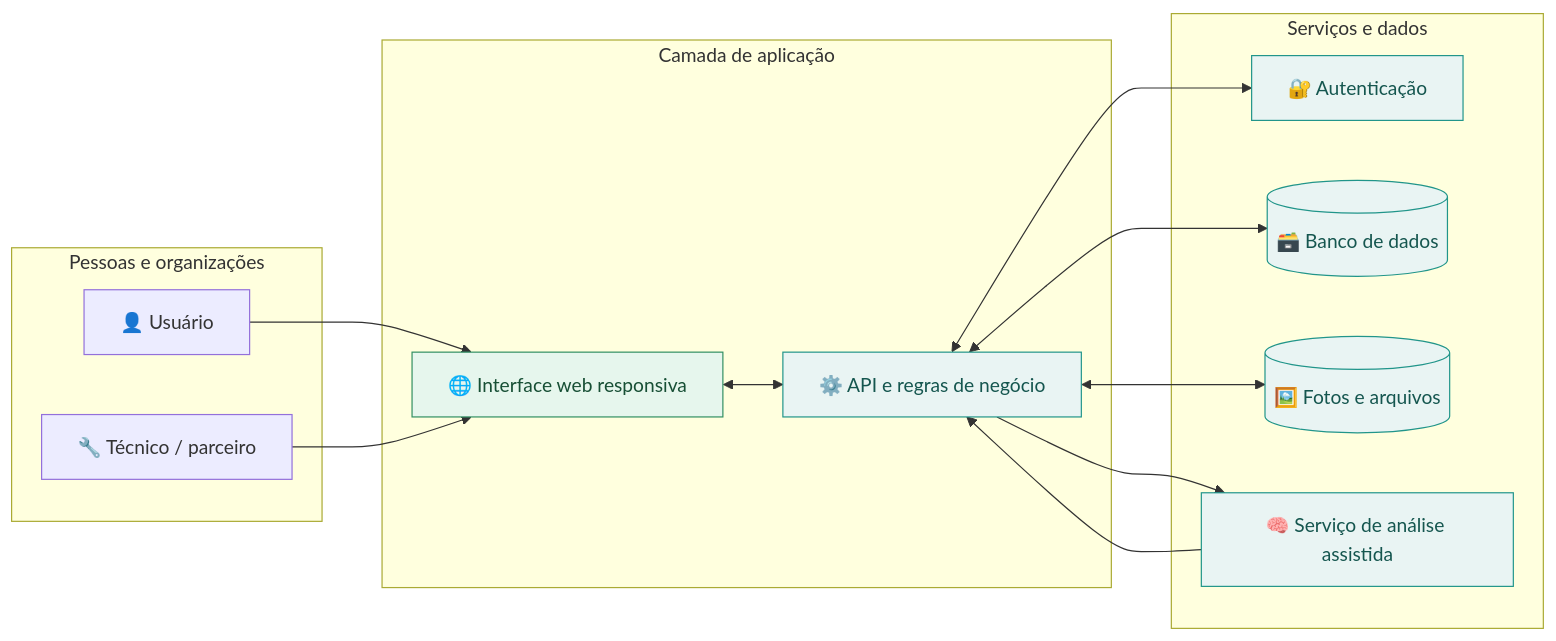
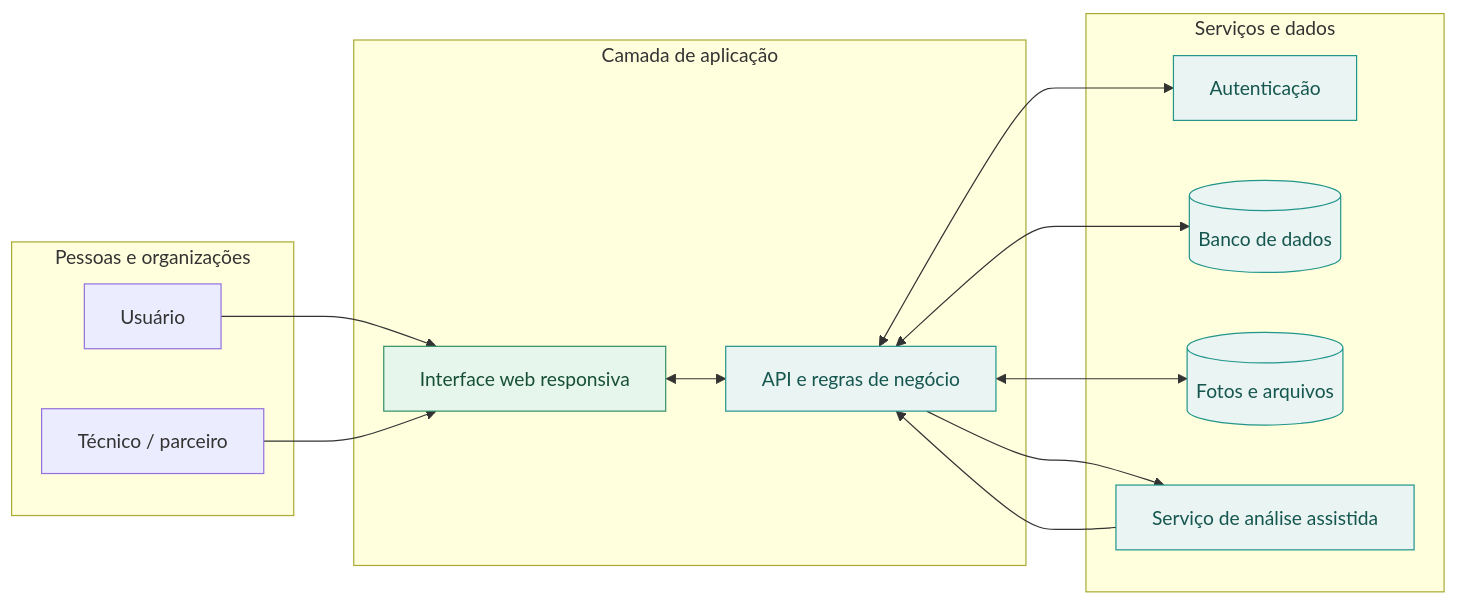
The second of 4 diagrams in README.md (piririporo/EcoCiclo), drawn with Mermaid before and after one commit. The commit also changed other lines of this file, not shown here.

````diff
--- a/README.md
+++ b/README.md
@@ -105,33 +105,33 @@
 ```mermaid
 flowchart LR
     subgraph P["Pessoas e organizações"]
-        U["👤 Usuário"]
-        T["🔧 Técnico / parceiro"]
+        U["Usuário"]
+        T["Técnico / parceiro"]
     end
 
     subgraph WEB["Camada de aplicação"]
-        F["🌐 Interface web responsiva"]
-        API["⚙️ API e regras de negócio"]
+        F["Interface web responsiva"]
+        API["API e regras de negócio"]
     end
 
     subgraph S["Serviços e dados"]
-        AUTH["🔐 Autenticação"]
-        DB[("🗃️ Banco de dados")]
-        STORAGE[("🖼️ Fotos e arquivos")]
-        AI["🧠 Serviço de análise assistida"]
+        AUTH["Autenticação"]
+        DB[("Banco de dados")]
+        STORAGE[("Fotos e arquivos")]
+        AI["Serviço de análise assistida"]
     end
 
     U --> F
     T --> F
     F <--> API
     API <--> AUTH
     API <--> DB
     API <--> STORAGE
     API --> AI
     AI --> API
 
     classDef interface fill:#e6f6ed,stroke:#328f63,color:#174f35
     classDef service fill:#e9f4f3,stroke:#21958a,color:#15564f
     class F interface
     class API,AUTH,DB,STORAGE,AI service
 ```
````
